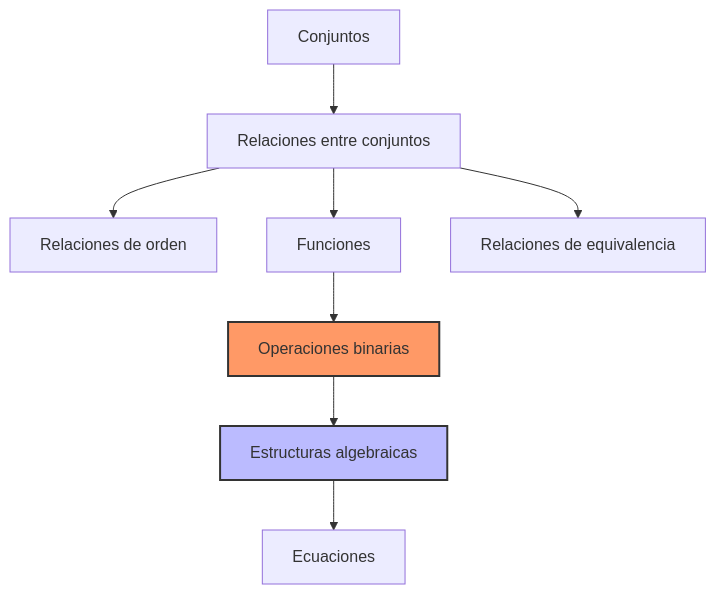
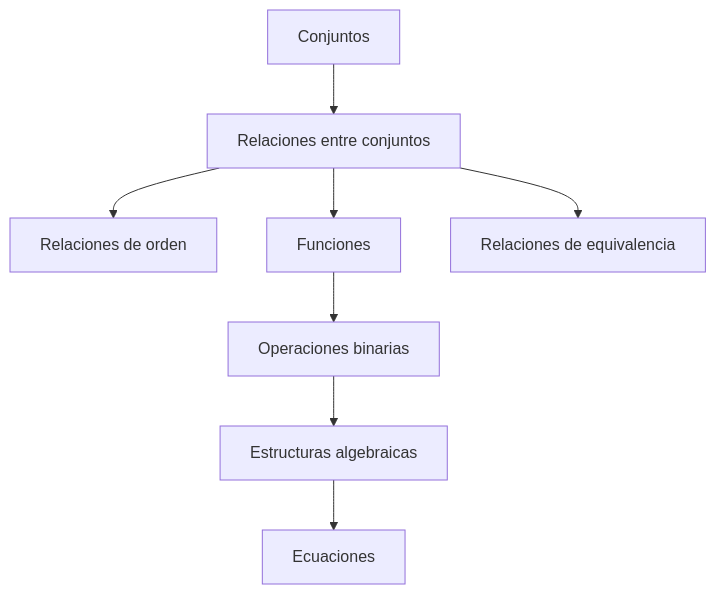
One commit to CarlosLopez-Ciber/Drowsy-Researcher changed the diagram in matematicas/matematica-basica/fundamentos-de-estructuras-algebraicas.md. Above: the diagram before and after it, drawn with Mermaid.

Commit message:
GITBOOK-162: No subject

````diff
--- a/matematicas/matematica-basica/fundamentos-de-estructuras-algebraicas.md
+++ b/matematicas/matematica-basica/fundamentos-de-estructuras-algebraicas.md
@@ -7,13 +7,10 @@
 ```mermaid
 graph TD
     A[Conjuntos] --> B[Relaciones entre conjuntos]
     B --> C[Relaciones de orden]
     B --> D[Funciones]
     B --> E[Relaciones de equivalencia]
     D --> F[Operaciones binarias]
     F --> G[Estructuras algebraicas]
     G --> H[Ecuaciones]
-
-    style F fill:#f96,stroke:#333,stroke-width:2px
-    style G fill:#bbf,stroke:#333,stroke-width:2px
 ```
````
